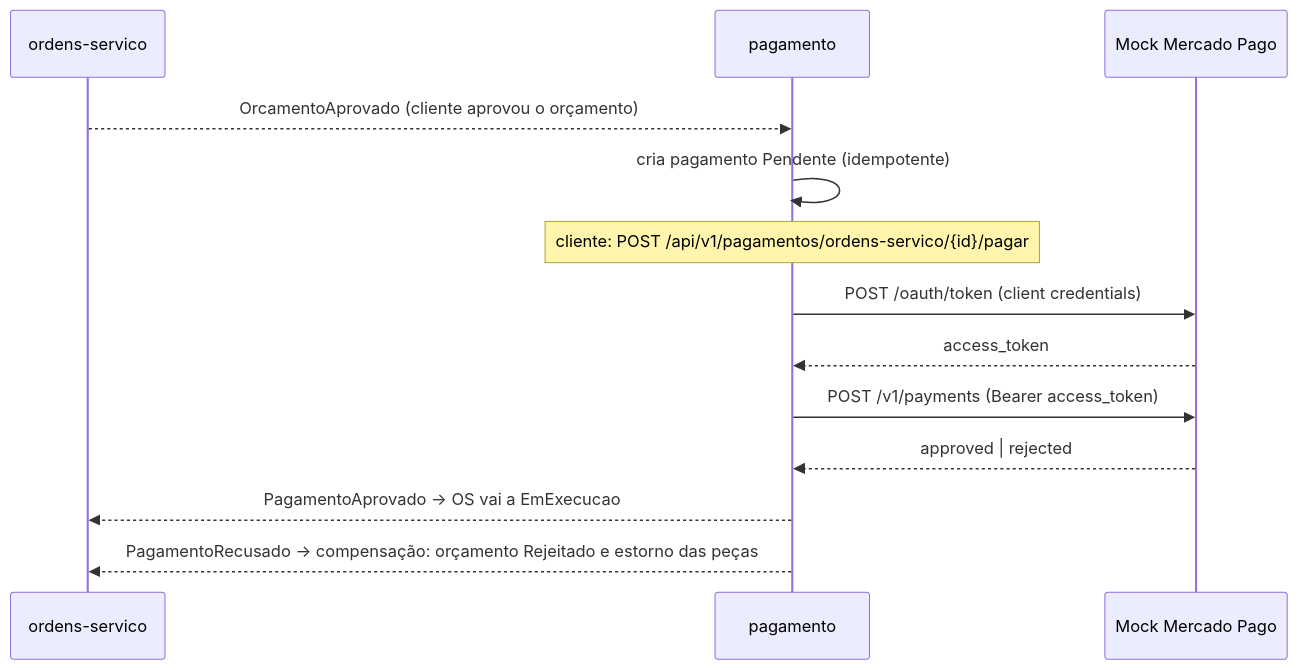
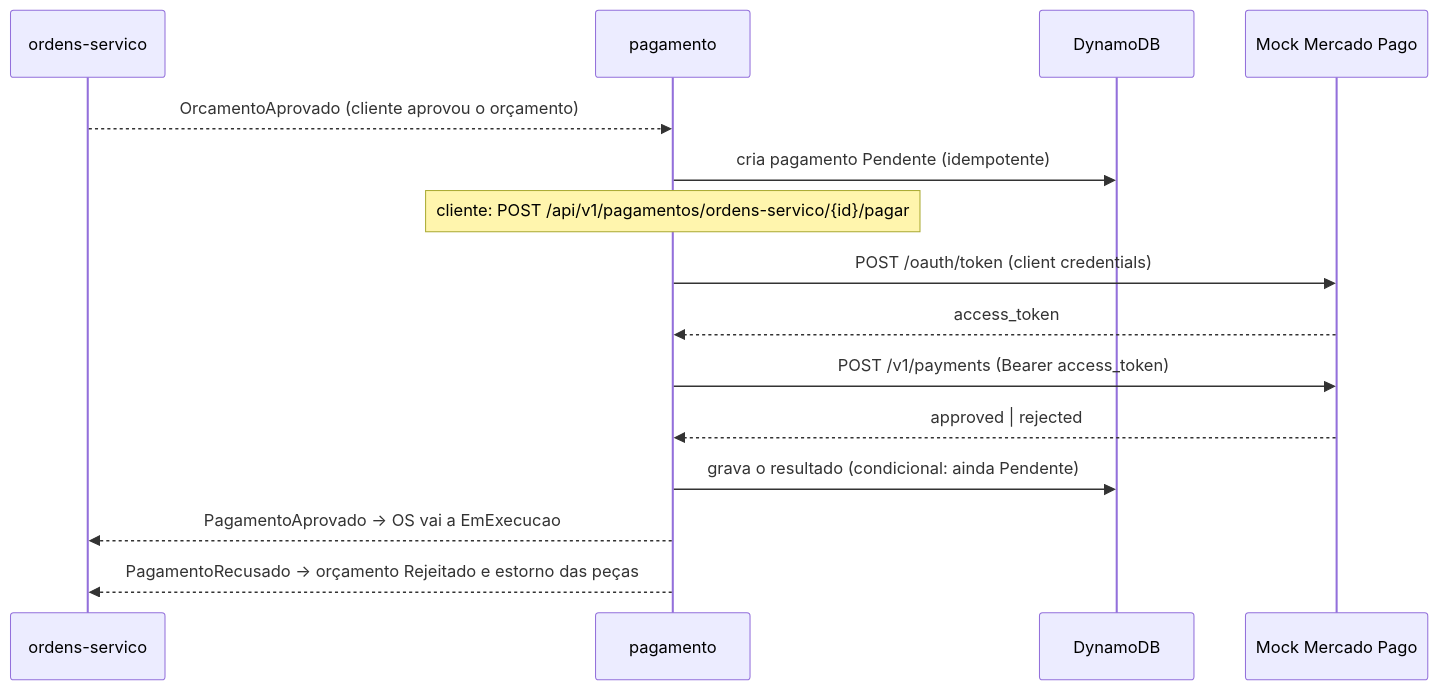
Before and after one commit to gabrielMauad/oficina-mecanica-pagamento: the second of 2 diagrams in README.md, drawn with Mermaid. The commit also changed other lines of this file and 1 other file, not shown here.

Commit message:
docs: README completo e arquitetura do servico Pagamento

````diff
--- a/README.md
+++ b/README.md
@@ -11,15 +93,17 @@
 ```mermaid
 sequenceDiagram
     participant OS as ordens-servico
     participant P as pagamento
+    participant D as DynamoDB
     participant MP as Mock Mercado Pago
     OS-->>P: OrcamentoAprovado (cliente aprovou o orçamento)
-    P->>P: cria pagamento Pendente (idempotente)
+    P->>D: cria pagamento Pendente (idempotente)
     Note over P: cliente: POST /api/v1/pagamentos/ordens-servico/{id}/pagar
     P->>MP: POST /oauth/token (client credentials)
     MP-->>P: access_token
     P->>MP: POST /v1/payments (Bearer access_token)
     MP-->>P: approved | rejected
+    P->>D: grava o resultado (condicional: ainda Pendente)
     P-->>OS: PagamentoAprovado → OS vai a EmExecucao
-    P-->>OS: PagamentoRecusado → compensação: orçamento Rejeitado e estorno das peças
+    P-->>OS: PagamentoRecusado → orçamento Rejeitado e estorno das peças
 ```
````
